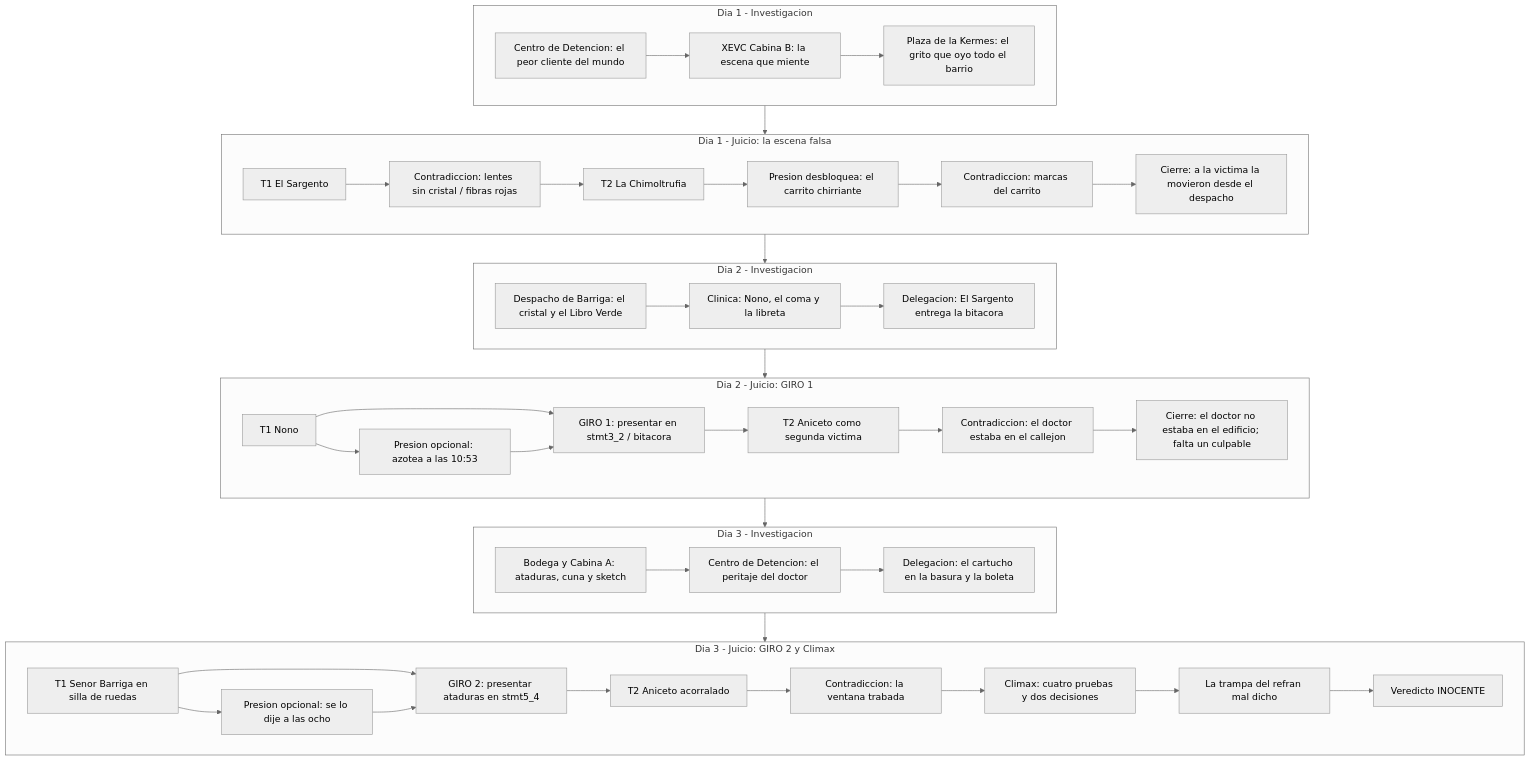
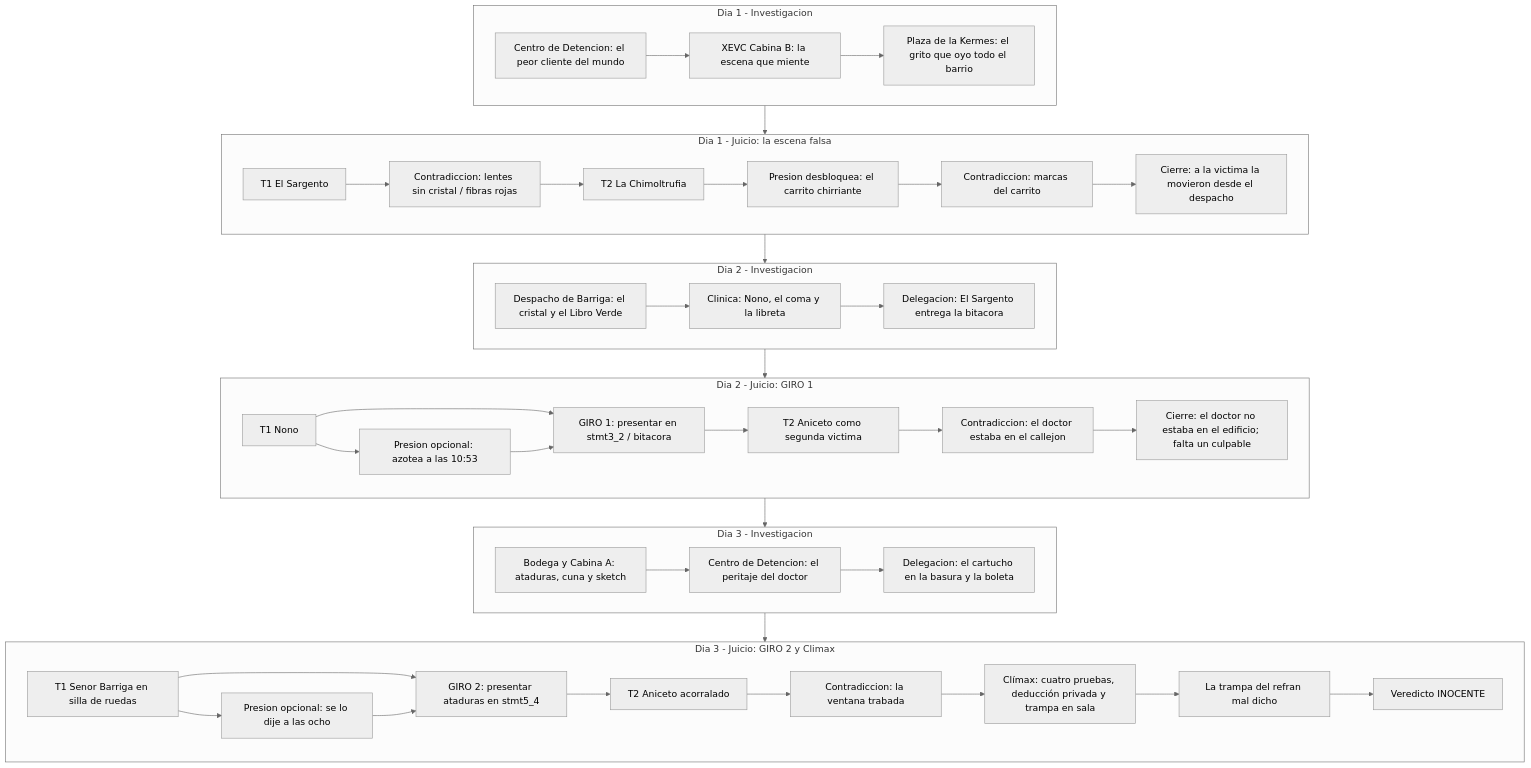
The second of 2 diagrams in docs/specs/case-3-la-noche-del-grito.md (luisoncpp/aa-chapulin), drawn with Mermaid (neutral theme) before and after one commit. The commit also changed other lines of this file and 160 other files, not shown here.

````diff
--- a/docs/specs/case-3-la-noche-del-grito.md
+++ b/docs/specs/case-3-la-noche-del-grito.md
@@ -149,41 +152,41 @@
 ```mermaid
 flowchart TD
     subgraph D1I [Dia 1 - Investigacion]
         A1[Centro de Detencion: el peor cliente del mundo] --> A2[XEVC Cabina B: la escena que miente]
         A2 --> A3[Plaza de la Kermes: el grito que oyo todo el barrio]
     end
     subgraph D1T [Dia 1 - Juicio: la escena falsa]
         B1[T1 El Sargento] --> B2[Contradiccion: lentes sin cristal / fibras rojas]
         B2 --> B3[T2 La Chimoltrufia]
         B3 --> B4[Presion desbloquea: el carrito chirriante]
         B4 --> B5[Contradiccion: marcas del carrito]
         B5 --> B6[Cierre: a la victima la movieron desde el despacho]
     end
     subgraph D2I [Dia 2 - Investigacion]
         C1[Despacho de Barriga: el cristal y el Libro Verde] --> C2[Clinica: Nono, el coma y la libreta]
         C2 --> C3[Delegacion: El Sargento entrega la bitacora]
     end
     subgraph D2T [Dia 2 - Juicio: GIRO 1]
         E1[T1 Nono] --> E2[Presion opcional: azotea a las 10:53]
         E1 --> E3[GIRO 1: presentar en stmt3_2 / bitacora]
         E2 --> E3
         E3 --> E4[T2 Aniceto como segunda victima]
         E4 --> E5[Contradiccion: el doctor estaba en el callejon]
         E5 --> E6[Cierre: el doctor no estaba en el edificio; falta un culpable]
     end
     subgraph D3I [Dia 3 - Investigacion]
         F1[Bodega y Cabina A: ataduras, cuna y sketch] --> F2[Centro de Detencion: el peritaje del doctor]
         F2 --> F3[Delegacion: el cartucho en la basura y la boleta]
     end
     subgraph D3T [Dia 3 - Juicio: GIRO 2 y Climax]
         G1[T1 Senor Barriga en silla de ruedas] --> G2[Presion opcional: se lo dije a las ocho]
         G1 --> G3[GIRO 2: presentar ataduras en stmt5_4]
         G2 --> G3
         G3 --> G4[T2 Aniceto acorralado]
         G4 --> G5[Contradiccion: la ventana trabada]
-        G5 --> G6[Climax: cuatro pruebas y dos decisiones]
+        G5 --> G6[Clímax: cuatro pruebas, deducción privada y trampa en sala]
         G6 --> G7[La trampa del refran mal dicho]
         G7 --> G8[Veredicto INOCENTE]
     end
     D1I --> D1T --> D2I --> D2T --> D3I --> D3T
 ```
````
